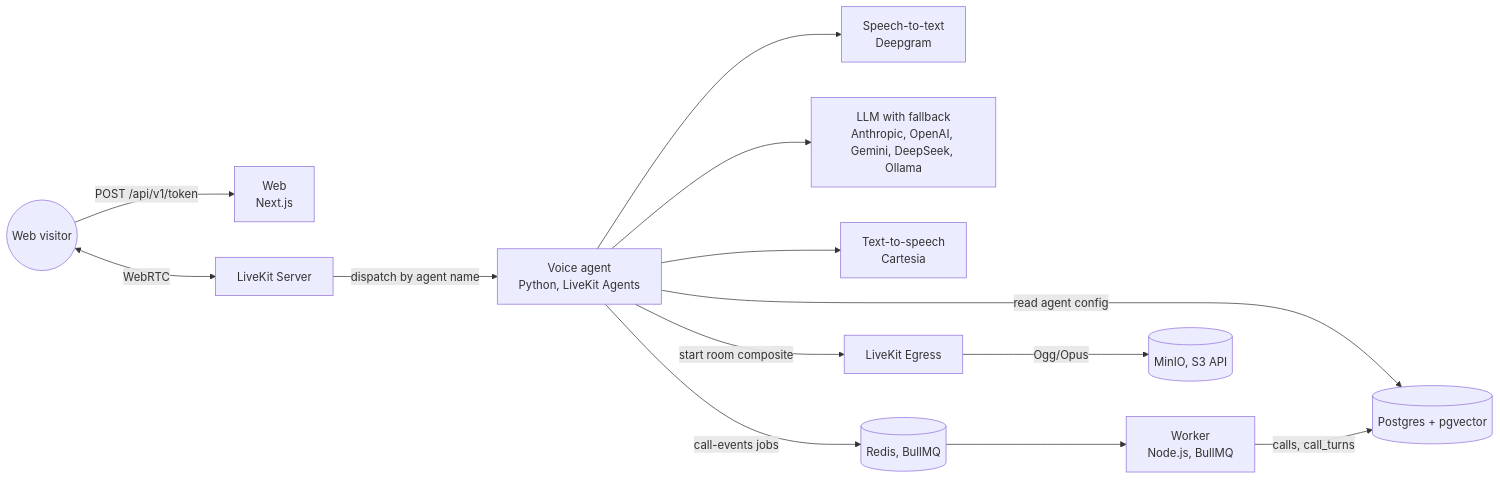
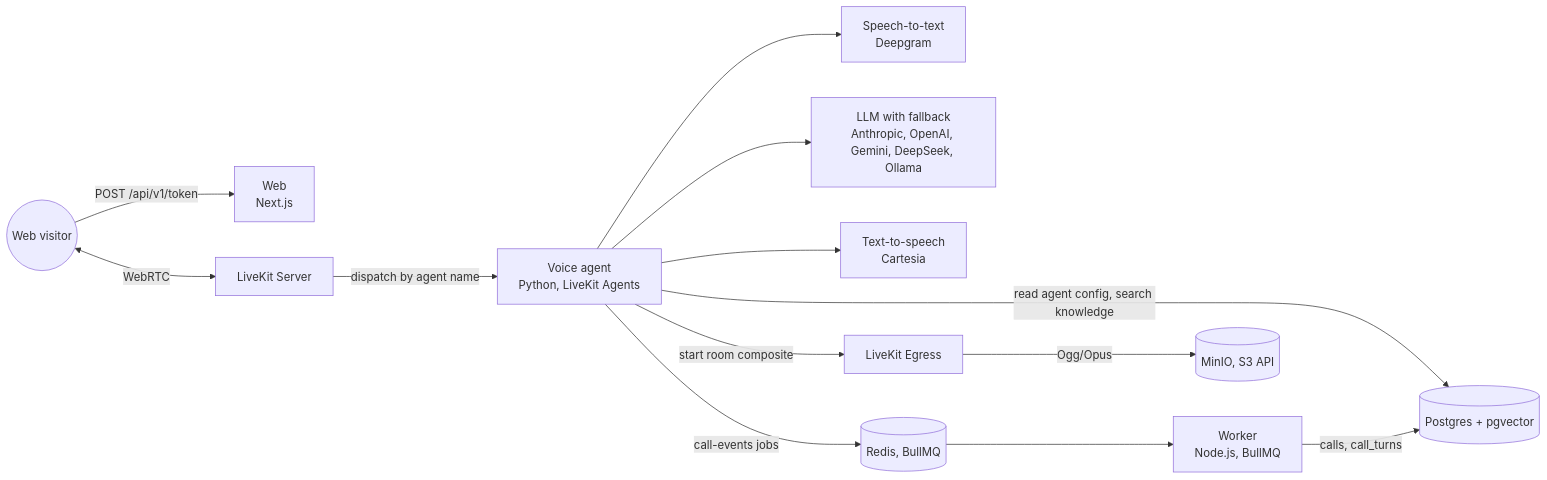
Before and after one commit to khantseithu/answerline: the first of 3 diagrams in docs/architecture.md, drawn with Mermaid. The commit also changed other lines of this file and 10 other files, not shown here.

First line of the commit message:
feat(agent): add search_knowledge tool

````diff
--- a/docs/architecture.md
+++ b/docs/architecture.md
@@ -18,18 +18,18 @@
 ```mermaid
 flowchart LR
     Browser((Web visitor)) -->|"POST /api/v1/token"| Web["Web<br/>Next.js"]
     Browser <-->|WebRTC| LK["LiveKit Server"]
     LK -->|"dispatch by agent name"| Agent["Voice agent<br/>Python, LiveKit Agents"]
 
     Agent --> STT["Speech-to-text<br/>Deepgram"]
     Agent --> LLM["LLM with fallback<br/>Anthropic, OpenAI, Gemini, DeepSeek, Ollama"]
     Agent --> TTS["Text-to-speech<br/>Cartesia"]
-    Agent -->|"read agent config"| DB[(Postgres + pgvector)]
+    Agent -->|"read agent config, search knowledge"| DB[(Postgres + pgvector)]
 
     Agent -->|"call-events jobs"| Redis[(Redis, BullMQ)]
     Redis --> Worker["Worker<br/>Node.js, BullMQ"]
     Worker -->|"calls, call_turns"| DB
 
     Agent -->|"start room composite"| Egress["LiveKit Egress"]
     Egress -->|"Ogg/Opus"| S3[(MinIO, S3 API)]
 ```
````
